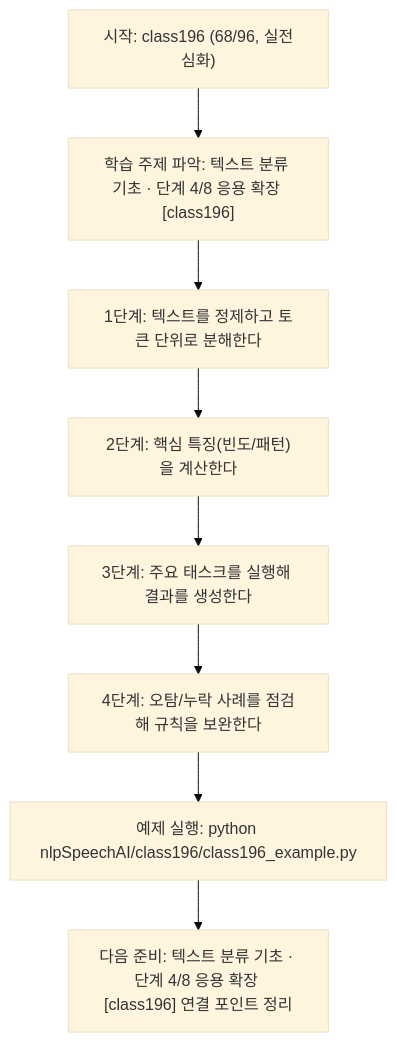
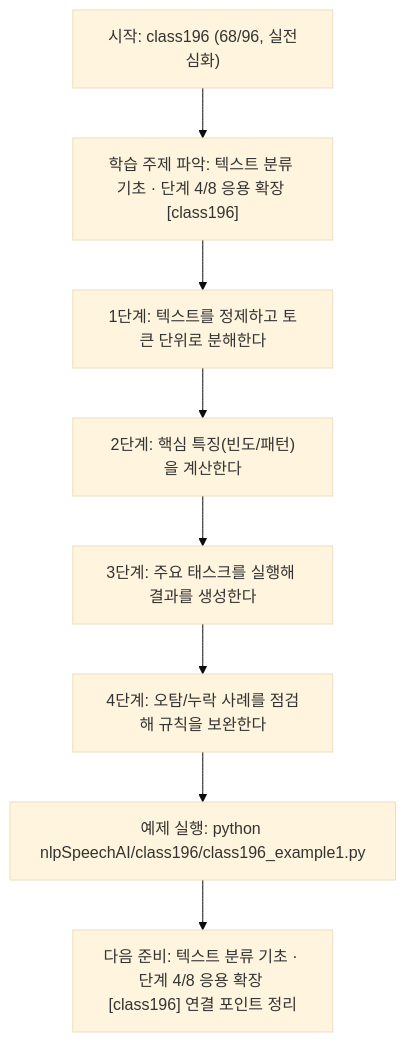
Before and after one commit to edumgt/Python-AI_Agent-Class: the diagram in nlpSpeechAI/class196/class196.md, drawn with Mermaid (base theme). The commit also changed other lines of this file and 2959 other files, not shown here.

````diff
--- a/nlpSpeechAI/class196/class196.md
+++ b/nlpSpeechAI/class196/class196.md
@@ -114,18 +114,18 @@
 ```mermaid
 flowchart TD
 N1["시작: class196 (68/96, 실전심화)"]
 N2["학습 주제 파악: 텍스트 분류 기초 · 단계 4/8 응용 확장 [class196]"]
 N3["1단계: 텍스트를 정제하고 토큰 단위로 분해한다"]
 N4["2단계: 핵심 특징(빈도/패턴)을 계산한다"]
 N5["3단계: 주요 태스크를 실행해 결과를 생성한다"]
 N6["4단계: 오탐/누락 사례를 점검해 규칙을 보완한다"]
-N7["예제 실행: python nlpSpeechAI/class196/class196_example.py"]
+N7["예제 실행: python nlpSpeechAI/class196/class196_example1.py"]
 N8["다음 준비: 텍스트 분류 기초 · 단계 4/8 응용 확장 [class196] 연결 포인트 정리"]
 N1 --> N2
 N2 --> N3
 N3 --> N4
 N4 --> N5
 N5 --> N6
 N6 --> N7
 N7 --> N8
 ```
````
